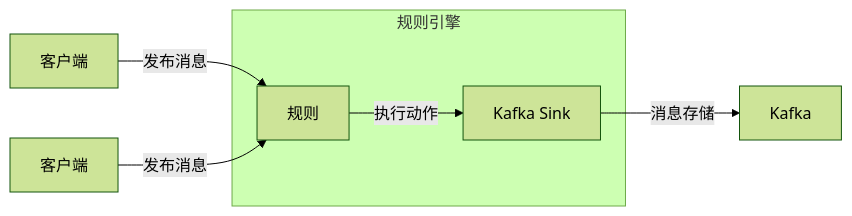
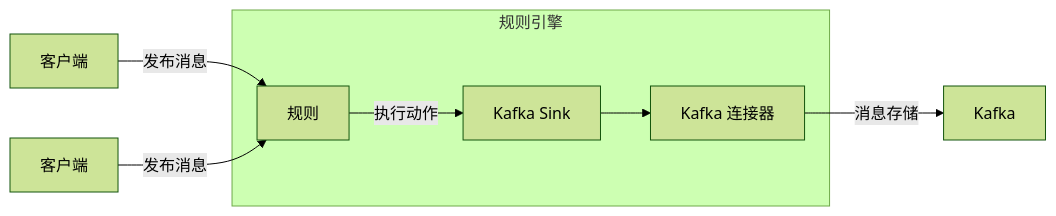
The first of 2 diagrams in zh_CN/data-integration/data-bridges.md (emqx/emqx-docs), drawn with Mermaid (forest theme) before and after one commit. The commit also changed other lines of this file and 9 other files, not shown here.

````diff
--- a/zh_CN/data-integration/data-bridges.md
+++ b/zh_CN/data-integration/data-bridges.md
@@ -27,11 +33,11 @@
 ```mermaid
 graph LR
   A[客户端] -->|发布消息| B[规则]
   A1[客户端] --> |发布消息| B
 
   subgraph 规则引擎
-    B -->  |执行动作| C[Kafka Sink]
+    B -->  |执行动作| C[Kafka Sink] --> D[Kafka 连接器]
   end
 
-C -->|消息存储| D[Kafka]
+D -->|消息存储| E[Kafka]
 ```
````
